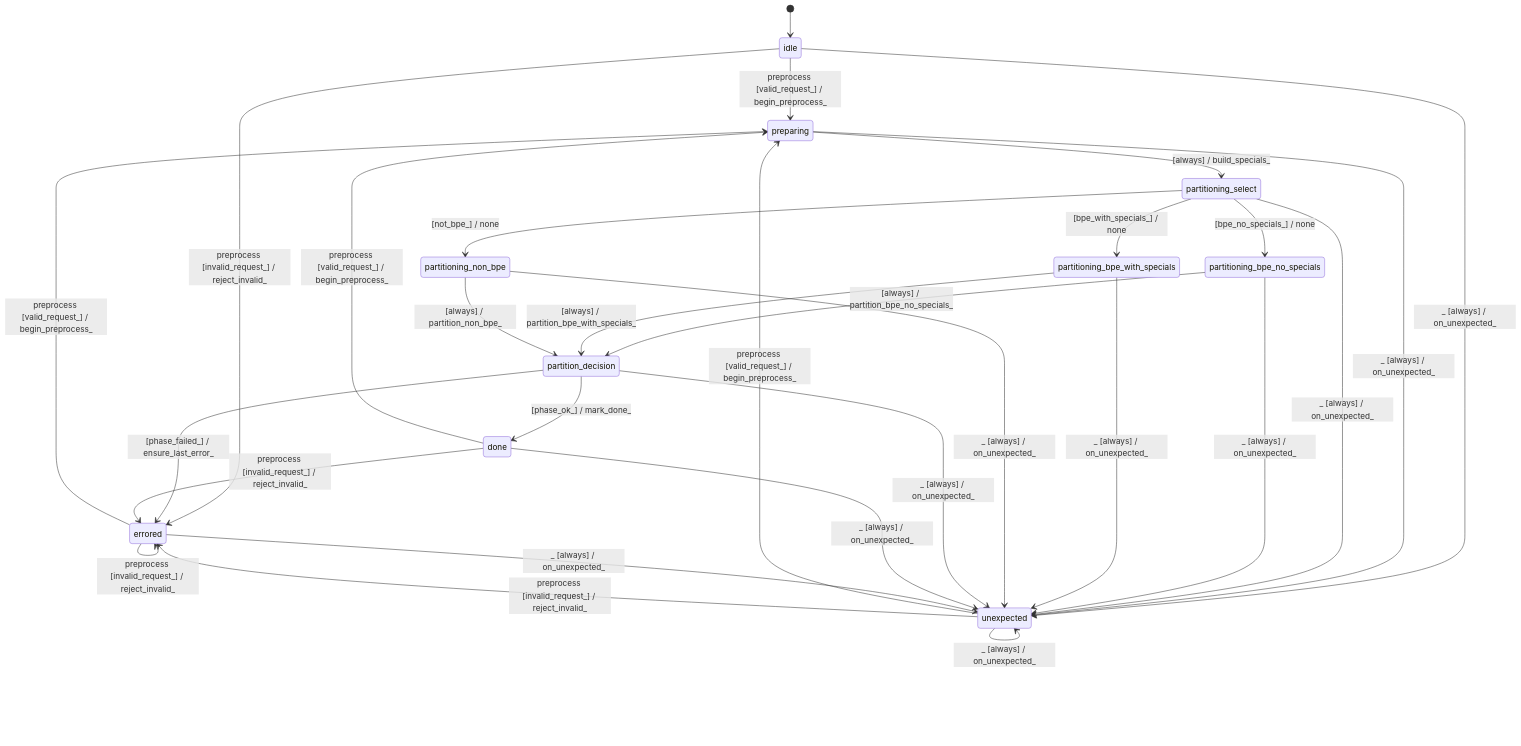
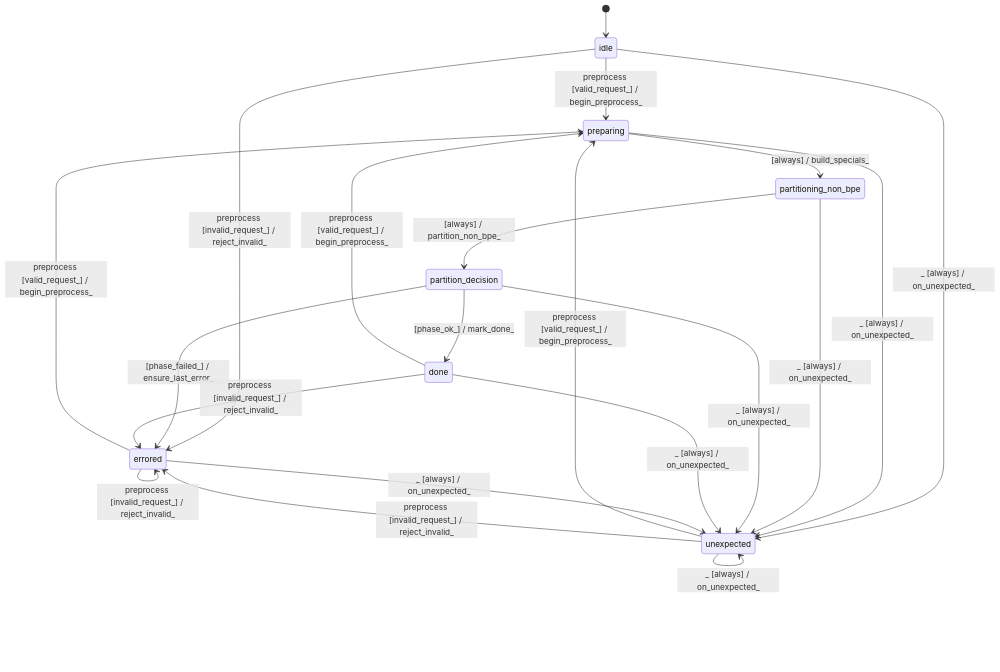
Before and after one commit to stateforward/emel.cpp: the diagram in docs/architecture/tokenizer_preprocessor_ugm.md, drawn with Mermaid. The commit also changed other lines of this file and 8 other files, not shown here.

````diff
--- a/docs/architecture/tokenizer_preprocessor_ugm.md
+++ b/docs/architecture/tokenizer_preprocessor_ugm.md
@@ -7,32 +7,24 @@
 ```mermaid
 stateDiagram-v2
   direction TB
   [*] --> idle
   idle --> preparing : preprocess [valid_request_] / begin_preprocess_
   idle --> errored : preprocess [invalid_request_] / reject_invalid_
-  preparing --> partitioning_select : [always] / build_specials_
-  partitioning_select --> partitioning_bpe_no_specials : [bpe_no_specials_] / none
-  partitioning_select --> partitioning_bpe_with_specials : [bpe_with_specials_] / none
-  partitioning_select --> partitioning_non_bpe : [not_bpe_] / none
-  partitioning_bpe_no_specials --> partition_decision : [always] / partition_bpe_no_specials_
-  partitioning_bpe_with_specials --> partition_decision : [always] / partition_bpe_with_specials_
+  preparing --> partitioning_non_bpe : [always] / build_specials_
   partitioning_non_bpe --> partition_decision : [always] / partition_non_bpe_
   partition_decision --> errored : [phase_failed_] / ensure_last_error_
   partition_decision --> done : [phase_ok_] / mark_done_
   done --> preparing : preprocess [valid_request_] / begin_preprocess_
   done --> errored : preprocess [invalid_request_] / reject_invalid_
   errored --> preparing : preprocess [valid_request_] / begin_preprocess_
   errored --> errored : preprocess [invalid_request_] / reject_invalid_
   unexpected --> preparing : preprocess [valid_request_] / begin_preprocess_
   unexpected --> errored : preprocess [invalid_request_] / reject_invalid_
   idle --> unexpected : _ [always] / on_unexpected_
   preparing --> unexpected : _ [always] / on_unexpected_
-  partitioning_select --> unexpected : _ [always] / on_unexpected_
-  partitioning_bpe_no_specials --> unexpected : _ [always] / on_unexpected_
-  partitioning_bpe_with_specials --> unexpected : _ [always] / on_unexpected_
   partitioning_non_bpe --> unexpected : _ [always] / on_unexpected_
   partition_decision --> unexpected : _ [always] / on_unexpected_
   done --> unexpected : _ [always] / on_unexpected_
   errored --> unexpected : _ [always] / on_unexpected_
   unexpected --> unexpected : _ [always] / on_unexpected_
 ```
````
